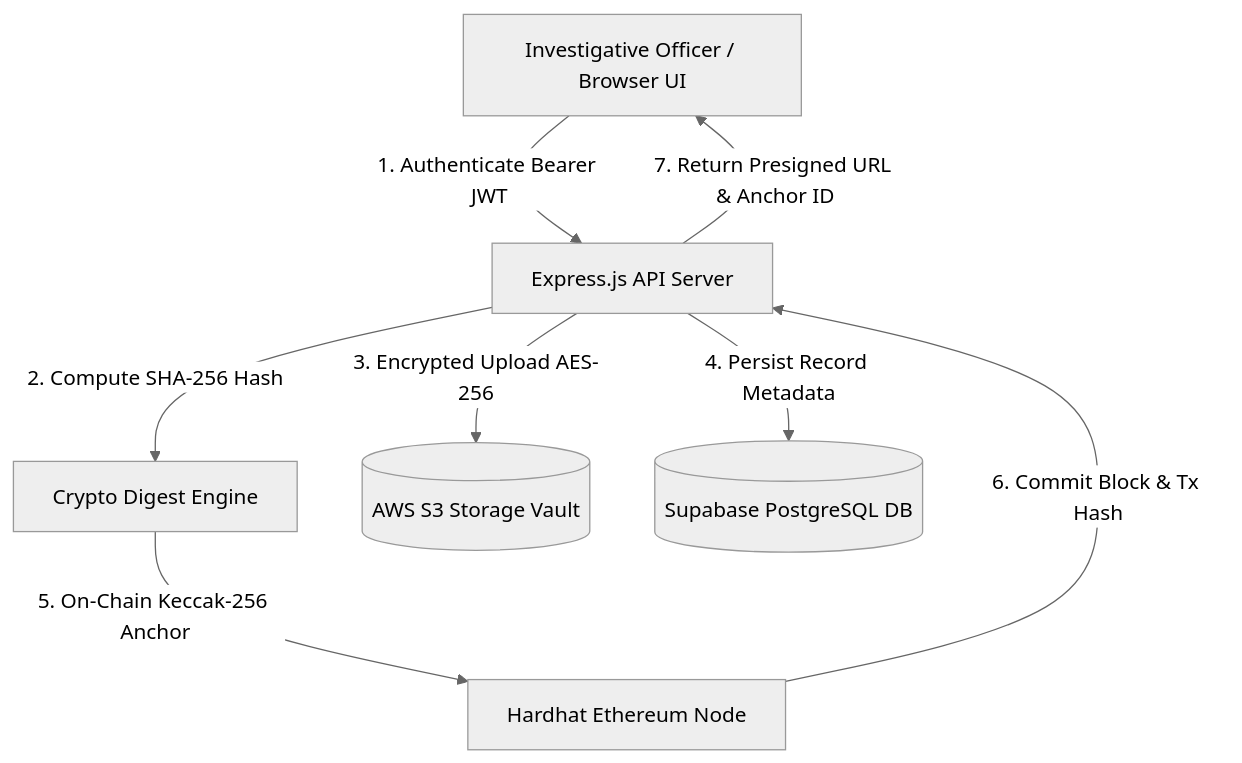
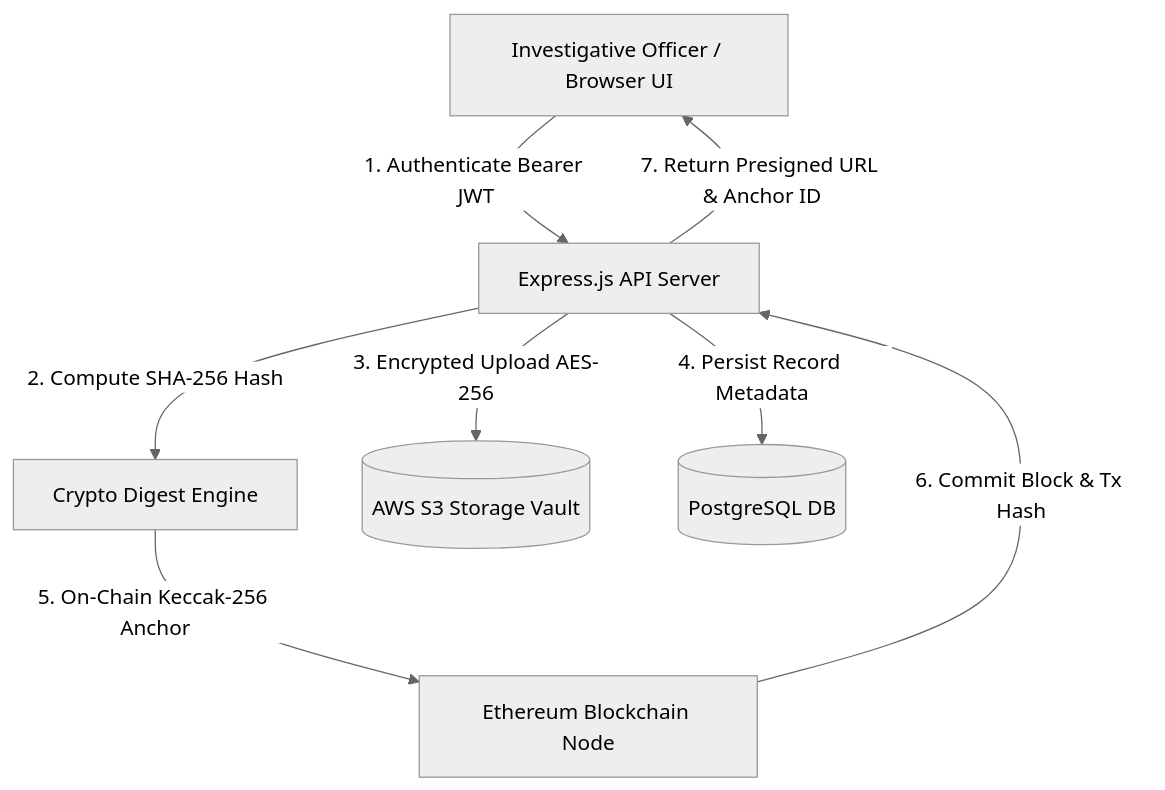
The first of 3 diagrams in README.md (MasirJafri1/sdems-evidence-management-system), drawn with Mermaid (neutral theme) before and after one commit. The commit also changed other lines of this file and 5 other files, not shown here.

````diff
--- a/README.md
+++ b/README.md
@@ -40,10 +21,10 @@
 ```mermaid
 flowchart TD
     A[Investigative Officer / Browser UI] -->|1. Authenticate Bearer JWT| B[Express.js API Server]
     B -->|2. Compute SHA-256 Hash| C[Crypto Digest Engine]
     B -->|3. Encrypted Upload AES-256| D[(AWS S3 Storage Vault)]
-    B -->|4. Persist Record Metadata| E[(Supabase PostgreSQL DB)]
-    C -->|5. On-Chain Keccak-256 Anchor| F[Hardhat Ethereum Node]
+    B -->|4. Persist Record Metadata| E[(PostgreSQL DB)]
+    C -->|5. On-Chain Keccak-256 Anchor| F[Ethereum Blockchain Node]
     F -->|6. Commit Block & Tx Hash| B
     B -->|7. Return Presigned URL & Anchor ID| A
 ```
````
